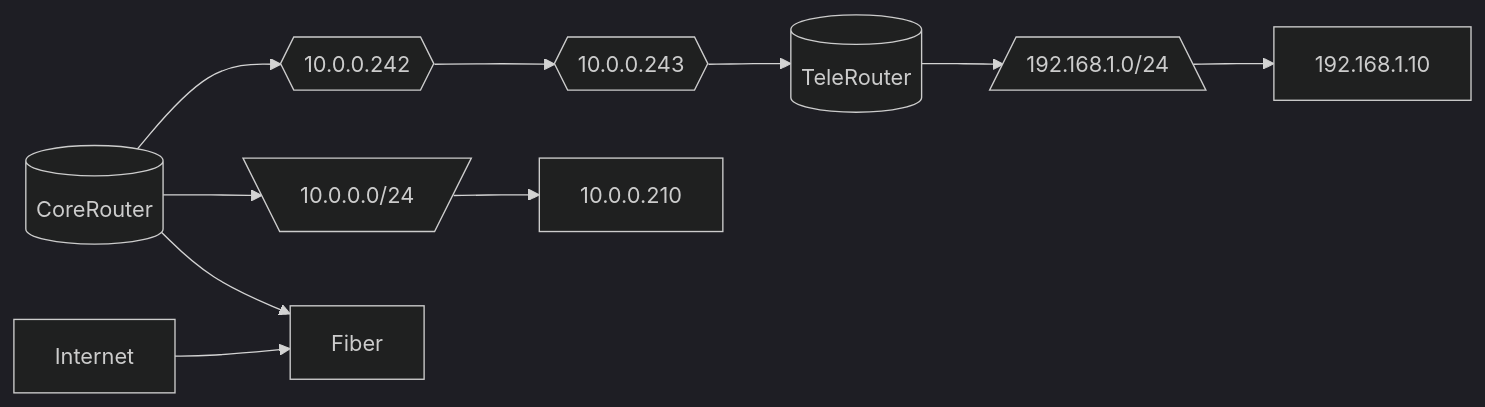
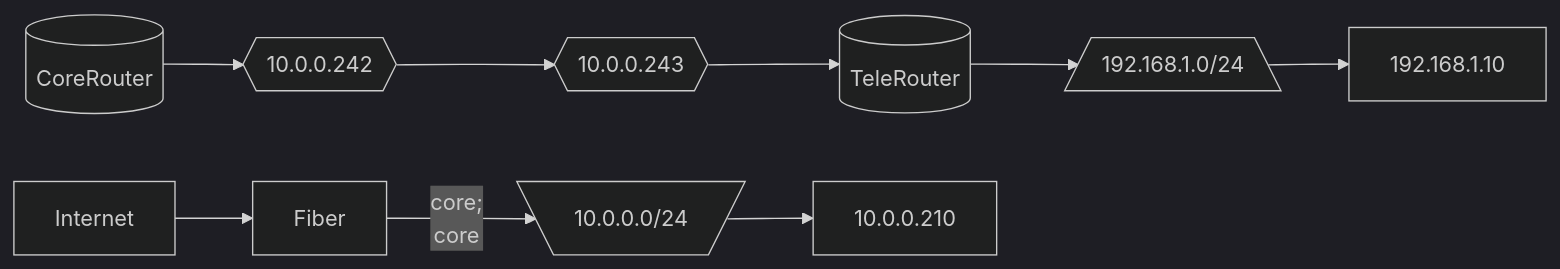
The second of 2 diagrams in Topology.md (notkasim/DOCS), drawn with Mermaid (dark theme) before and after one commit.

````diff
--- a/Topology.md
+++ b/Topology.md
@@ -19,23 +19,24 @@
 ```mermaid
 graph LR;
     core[(CoreRouter)]
     tele2[(TeleRouter)]
     core_link{{10.0.0.242}}
     tele2_link{{10.0.0.243}}
     core_net[\10.0.0.0/24/]
     tele2_net[/192.168.1.0/24\]
 
-    core-->Fiber;
+    
     Internet-->Fiber;
+    Fiber--core;
     core-->core_net-->10.0.0.210;
     core-->core_link;
     core_link-->tele2_link;
     tele2_link-->tele2;
     tele2-->tele2_net-->192.168.1.10;
 
 
 
 
 
 
 ```
````
